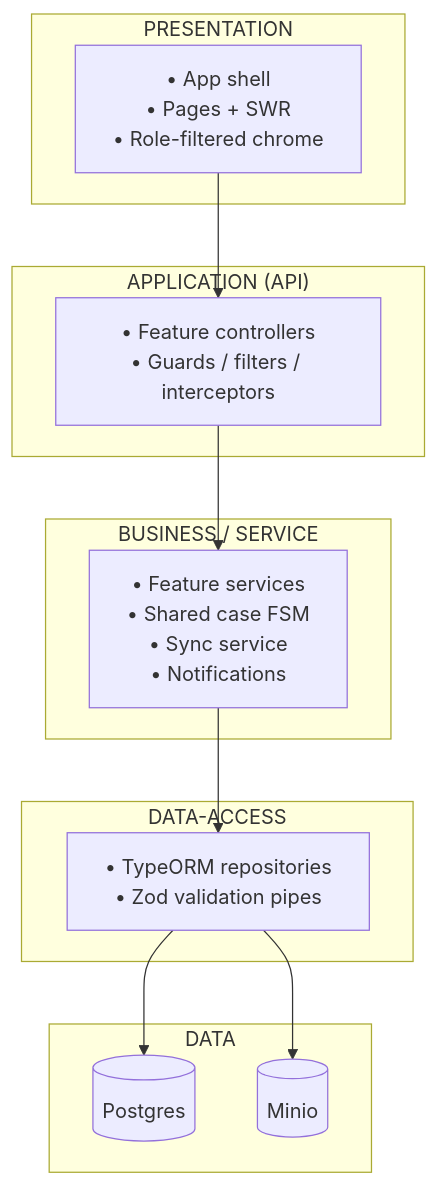
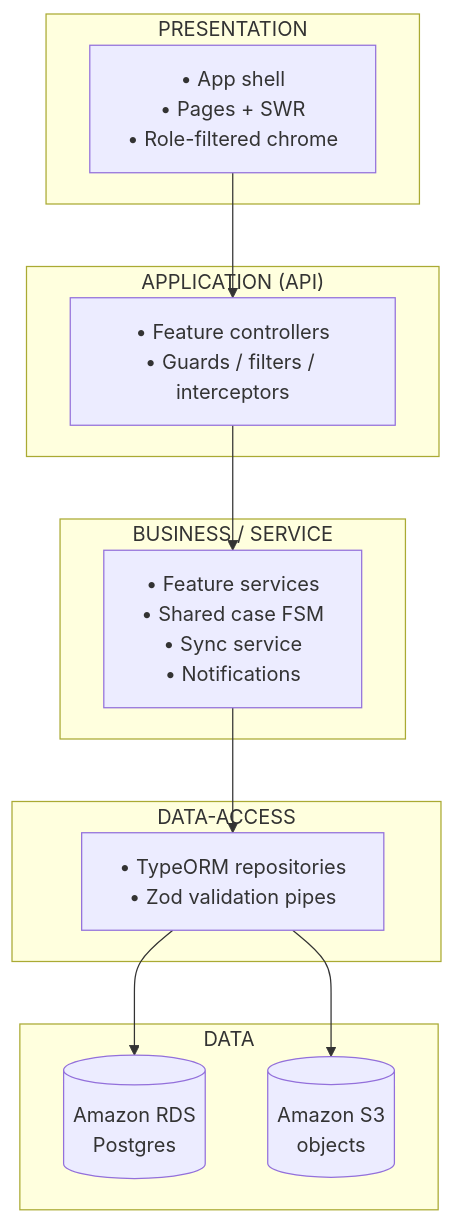
Before and after one commit to urlsalimbot/THESIS1-KAPWA: the first of 3 diagrams in docs/diagrams/08-system-architecture.md, drawn with Mermaid. The commit also changed other lines of this file and 1 other file, not shown here.

First line of the commit message:
docs(architecture): describe the AWS production topology

````diff
--- a/docs/diagrams/08-system-architecture.md
+++ b/docs/diagrams/08-system-architecture.md
@@ -39,30 +39,30 @@
 ```mermaid
 flowchart TB
     subgraph P["PRESENTATION"]
         App["• App shell<br/>• Pages + SWR<br/>• Role-filtered chrome"]
     end
 
     subgraph A["APPLICATION (API)"]
         Ctrl["• Feature controllers<br/>• Guards / filters / interceptors"]
     end
 
     subgraph B["BUSINESS / SERVICE"]
         Svc["• Feature services<br/>• Shared case FSM<br/>• Sync service<br/>• Notifications"]
     end
 
     subgraph D["DATA-ACCESS"]
         Repo["• TypeORM repositories<br/>• Zod validation pipes"]
     end
 
     subgraph D2["DATA"]
-        DB[("Postgres")]
-        MO[("Minio")]
+        DB[("Amazon RDS<br/>Postgres")]
+        MO[("Amazon S3<br/>objects")]
     end
 
     App --> Ctrl
     Ctrl --> Svc
     Svc --> Repo
     Repo --> DB
     Repo --> MO
 
 ```
````
